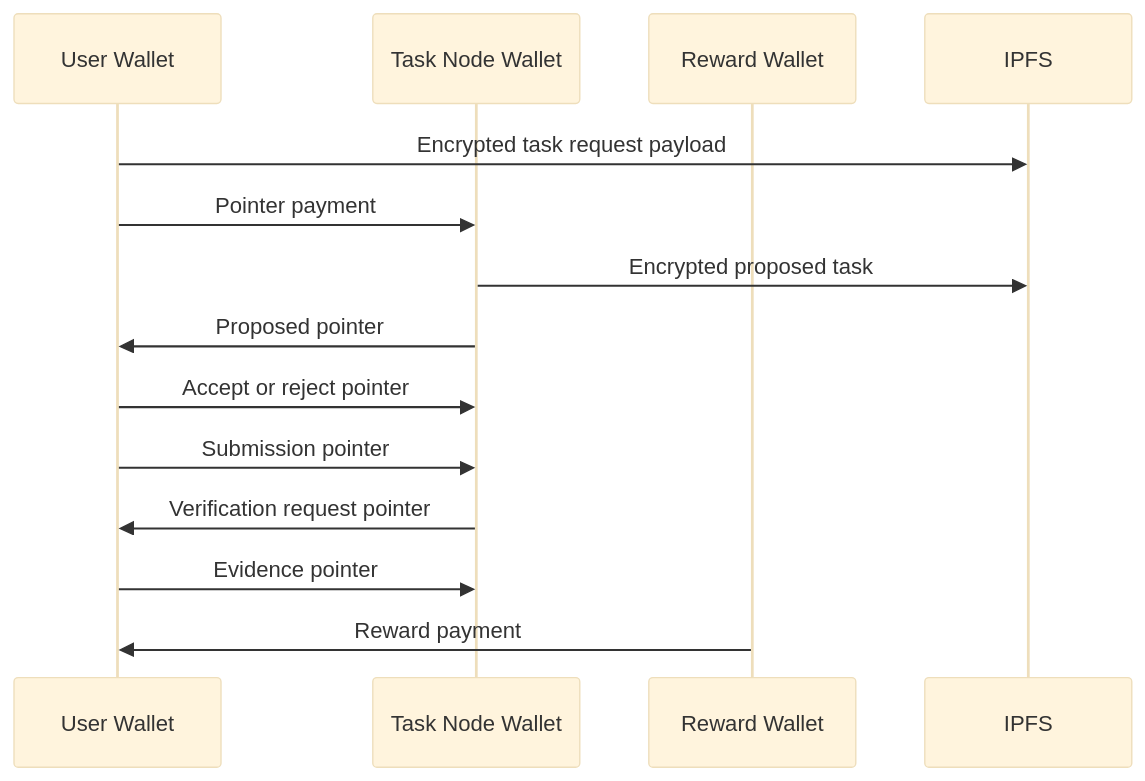
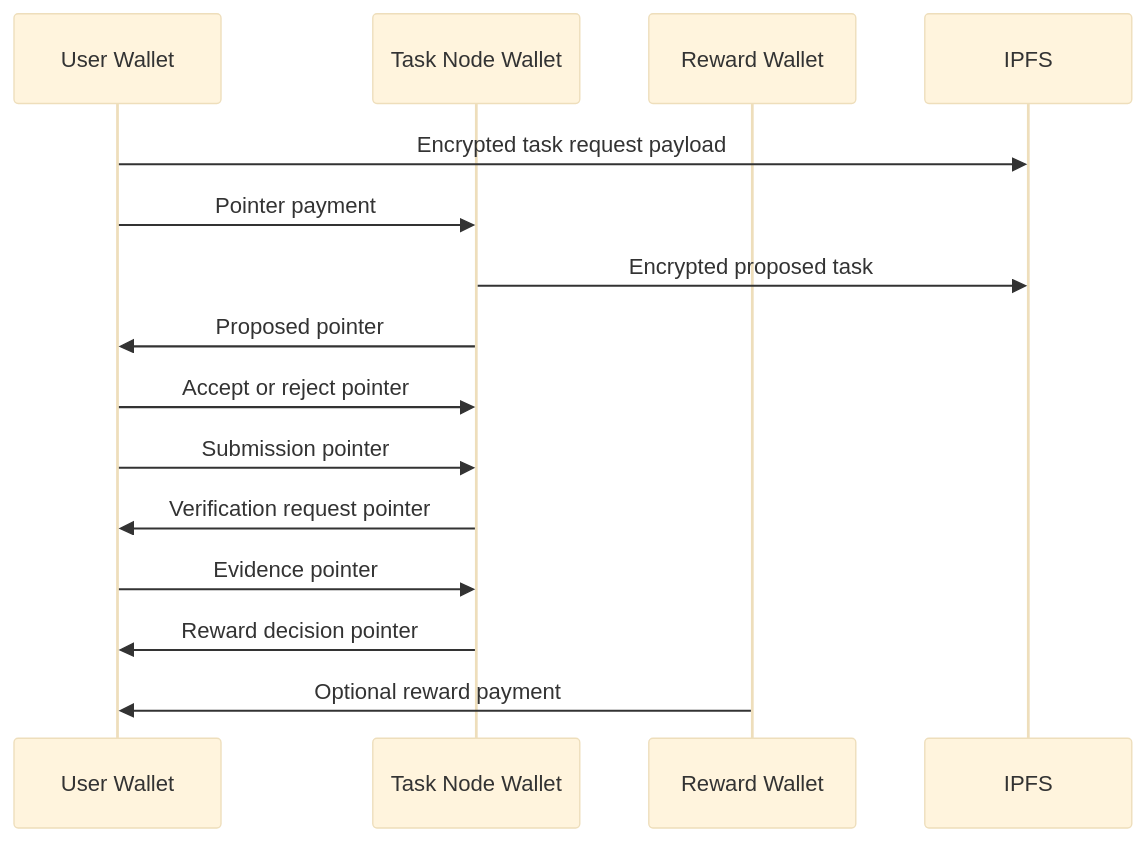
Before and after one commit to postfiatorg/tasknode: the diagram in docs/wiki/architecture/task-lifecycle.md, drawn with Mermaid (base theme). The commit also changed other lines of this file and 117 other files, not shown here.

````diff
--- a/docs/wiki/architecture/task-lifecycle.md
+++ b/docs/wiki/architecture/task-lifecycle.md
@@ -24,16 +29,17 @@
 ```mermaid
 sequenceDiagram
   participant U as User Wallet
   participant T as Task Node Wallet
   participant R as Reward Wallet
   participant IPFS as IPFS
   U->>IPFS: Encrypted task request payload
   U->>T: Pointer payment
   T->>IPFS: Encrypted proposed task
   T->>U: Proposed pointer
   U->>T: Accept or reject pointer
   U->>T: Submission pointer
   T->>U: Verification request pointer
   U->>T: Evidence pointer
-  R->>U: Reward payment
+  T->>U: Reward decision pointer
+  R->>U: Optional reward payment
 ```
````
